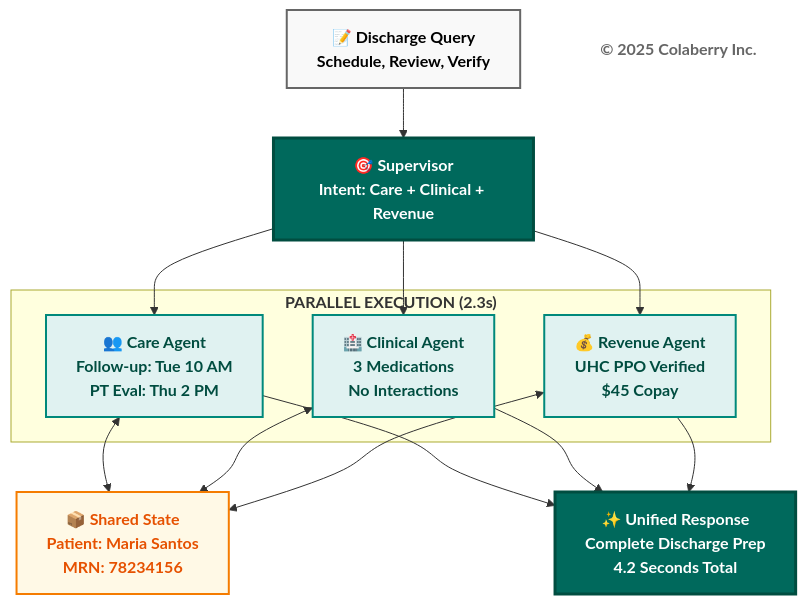
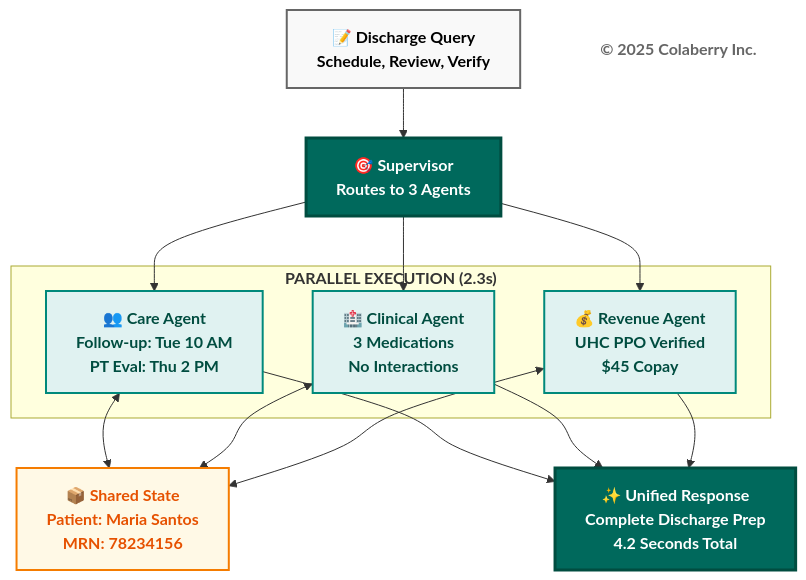
One commit to saitejesh-cyber/trust-before-intelligence-book changed the ninth of 13 diagrams in manuscript/chapter_6_transparency_orchestration_layers_v1_8.md. Above: the diagram before and after it, drawn with Mermaid. The commit also changed other lines of this file, not shown here.

First line of the commit message:
Updated chapter 6 with better diagrams

````diff
--- a/manuscript/chapter_6_transparency_orchestration_layers_v1_8.md
+++ b/manuscript/chapter_6_transparency_orchestration_layers_v1_8.md
@@ -945,38 +925,38 @@
 ```mermaid
 graph TB
     Query["<b>📝 Discharge Query</b><br/><b>Schedule, Review, Verify</b>"]
     
-    Supervisor["<b>🎯 Supervisor</b><br/><b>Intent: Care + Clinical + Revenue</b>"]
+    Supervisor["<b>🎯 Supervisor</b><br/><b>Routes to 3 Agents</b>"]
     
     subgraph "<b>PARALLEL EXECUTION (2.3s)</b>"
         Care["<b>👥 Care Agent</b><br/><b>Follow-up: Tue 10 AM</b><br/><b>PT Eval: Thu 2 PM</b>"]
         Clinical["<b>🏥 Clinical Agent</b><br/><b>3 Medications</b><br/><b>No Interactions</b>"]
         Revenue["<b>💰 Revenue Agent</b><br/><b>UHC PPO Verified</b><br/><b>$45 Copay</b>"]
     end
     
     State["<b>📦 Shared State</b><br/><b>Patient: Maria Santos</b><br/><b>MRN: 78234156</b>"]
     
     Response["<b>✨ Unified Response</b><br/><b>Complete Discharge Prep</b><br/><b>4.2 Seconds Total</b>"]
     
     Copyright["<b>© 2025 Colaberry Inc.</b>"]
     
     Query --> Supervisor
     Supervisor --> Care
     Supervisor --> Clinical
     Supervisor --> Revenue
     Care <--> State
     Clinical <--> State
     Revenue <--> State
     Care --> Response
     Clinical --> Response
     Revenue --> Response
     
     style Query fill:#f9f9f9,stroke:#666666,stroke-width:2px,color:#000000
     style Supervisor fill:#00695c,color:#ffffff,stroke:#004d40,stroke-width:3px
     style Care fill:#e0f2f1,stroke:#00897b,stroke-width:2px,color:#004d40
     style Clinical fill:#e0f2f1,stroke:#00897b,stroke-width:2px,color:#004d40
     style Revenue fill:#e0f2f1,stroke:#00897b,stroke-width:2px,color:#004d40
     style State fill:#fff9e6,stroke:#f57c00,stroke-width:2px,color:#e65100
     style Response fill:#00695c,color:#ffffff,stroke:#004d40,stroke-width:3px
     style Copyright fill:#ffffff,stroke:none,color:#666666
 ```
````
